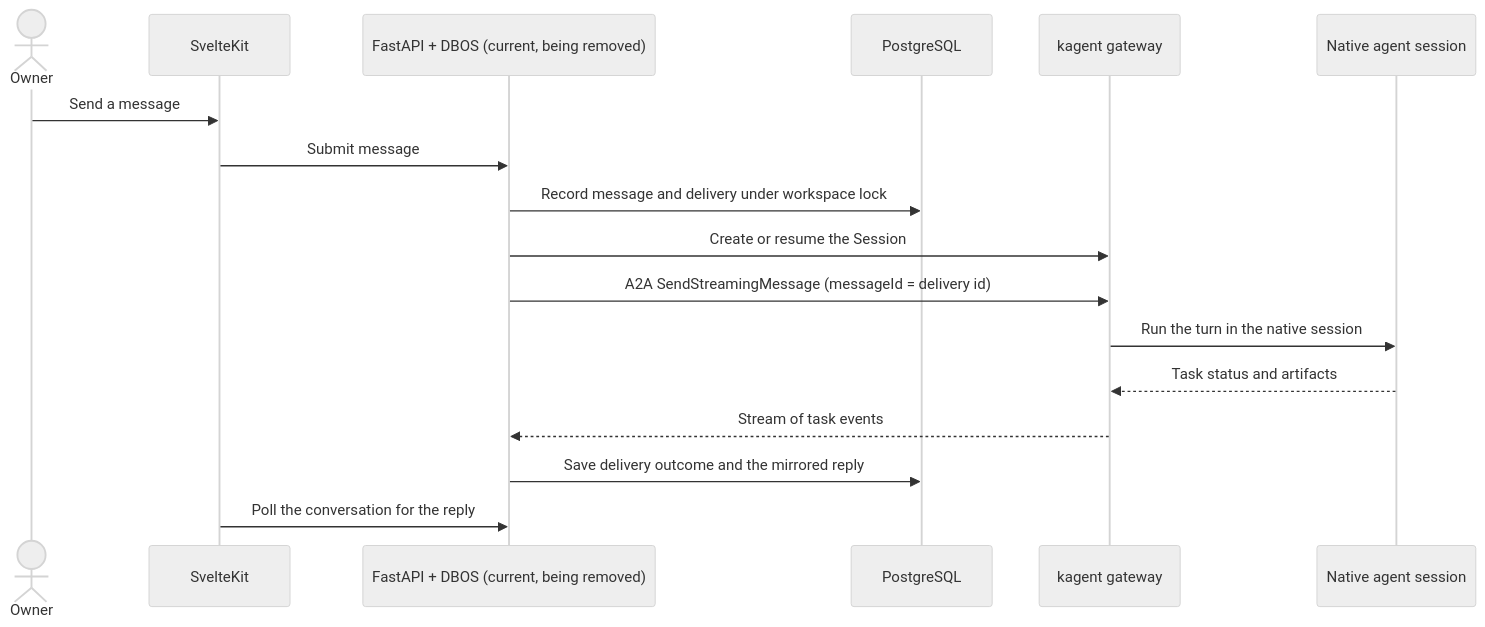
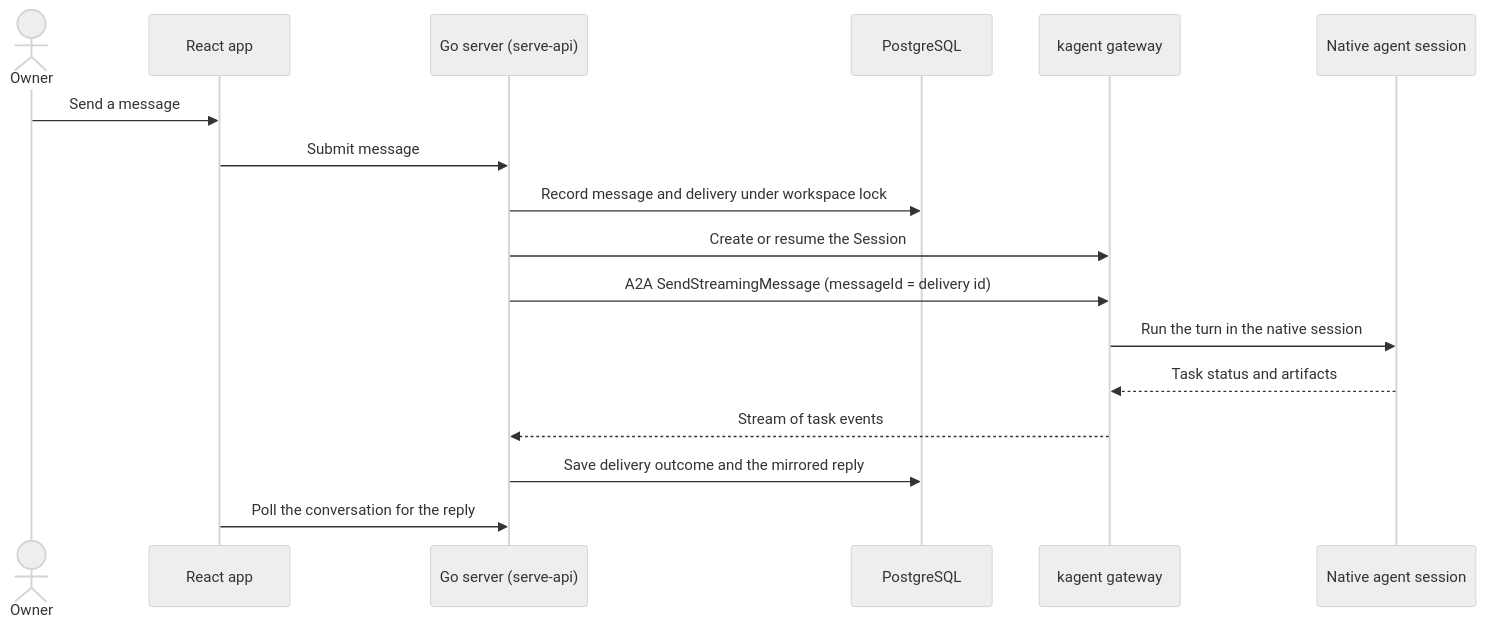
The third of 4 diagrams in docs/architecture.md (oldsj/mainloop), drawn with Mermaid (neutral theme) before and after one commit. The commit also changed other lines of this file and 25 other files, not shown here.

First line of the commit message:
docs: describe the Go server and React app

````diff
--- a/docs/architecture.md
+++ b/docs/architecture.md
@@ -73,20 +73,20 @@
 ```mermaid
 sequenceDiagram
   actor Owner
-  participant UI as SvelteKit
-  participant Mainloop as FastAPI + DBOS (current, being removed)
+  participant UI as React app
+  participant Mainloop as Go server (serve-api)
   participant DB as PostgreSQL
   participant Kagent as kagent gateway
   participant Agent as Native agent session
 
   Owner->>UI: Send a message
   UI->>Mainloop: Submit message
   Mainloop->>DB: Record message and delivery under workspace lock
   Mainloop->>Kagent: Create or resume the Session
   Mainloop->>Kagent: A2A SendStreamingMessage (messageId = delivery id)
   Kagent->>Agent: Run the turn in the native session
   Agent-->>Kagent: Task status and artifacts
   Kagent-->>Mainloop: Stream of task events
   Mainloop->>DB: Save delivery outcome and the mirrored reply
   UI->>Mainloop: Poll the conversation for the reply
 ```
````
